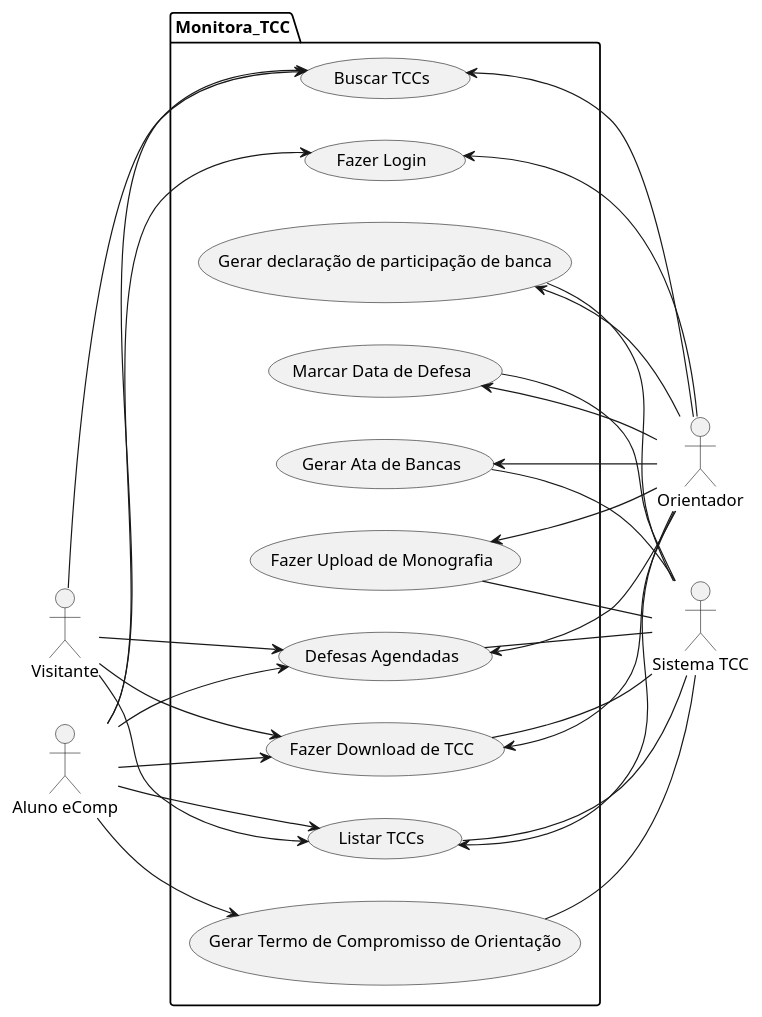
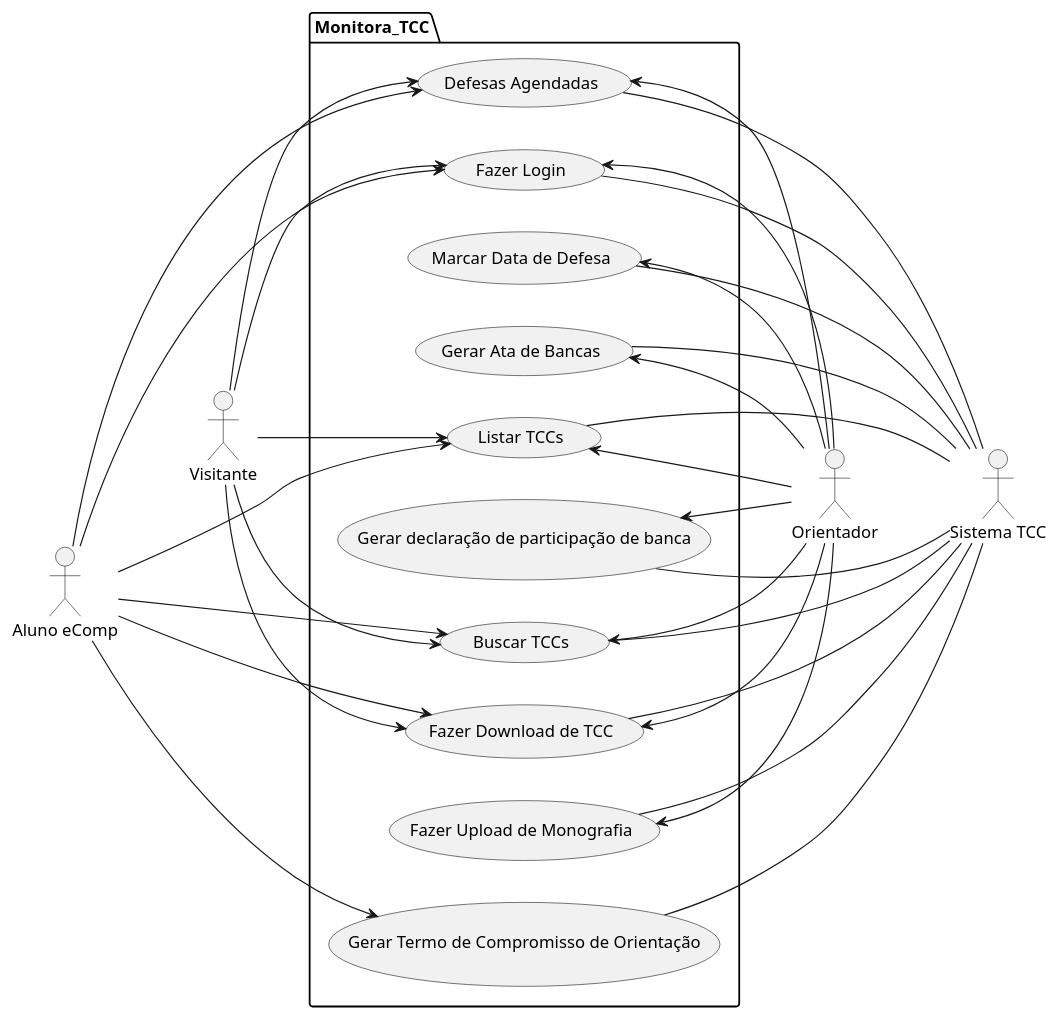
The diagram in analysis/casos.plantuml (LMM-Eng-Software/Monitora-TCC), drawn with PlantUML before and after one commit. The commit also changed 3 other files, not shown here.

```diff
--- a/analysis/casos.plantuml
+++ b/analysis/casos.plantuml
@@ -1,55 +1,57 @@
 @startuml casosdeuso
 left to right direction
 
+"Visitante" as Visit
 "Aluno eComp" as Aluno
+
 "Orientador" as Prof
-"Visitante" as Visit
-
 "Sistema TCC" as Sist
-
 
 package Monitora_TCC {
 "Gerar declaração de participação de banca" as (Participacao)
 "Listar TCCs" as (Listar)
 "Buscar TCCs" as (Buscar)
 "Fazer Download de TCC" as (Download)
 "Fazer Login" as (Login)
 "Marcar Data de Defesa" as (Data)
 "Fazer Upload de Monografia" as (Upload)
 "Gerar Ata de Bancas" as (Atas)
 "Defesas Agendadas" as (Agendar)
 "Gerar Termo de Compromisso de Orientação" as (Compromisso)
 }
 
 :Prof: -up-> (Listar)
 :Prof: -up-> (Download)
 :Prof: -up-> (Buscar)
 :Prof: -up-> (Participacao)
 :Prof: -up-> (Upload)
 :Prof: -up-> (Atas)
 :Prof: -up-> (Data)
 :Prof: -up-> (Login)
 :Prof: -up-> (Agendar)
 
-:Aluno: --> (Listar)
-:Aluno: --> (Download)
-:Aluno: --> (Agendar)
-:Aluno: --> (Buscar)
-:Aluno: --> (Login)
-:Aluno: --> (Compromisso)
+:Aluno: ---> (Listar)
+:Aluno: ---> (Download)
+:Aluno: ---> (Agendar)
+:Aluno: ---> (Buscar)
+:Aluno: ---> (Login)
+:Aluno: ---> (Compromisso)
 
 :Visit: --> (Listar)
 :Visit: --> (Download)
 :Visit: --> (Agendar)
+:Visit: --> (Login)
 :Visit: --> (Buscar)
 
-(Participacao) -- :Sist:
-(Upload) -- :Sist:
-(Listar) -- :Sist:
-(Download) -- :Sist:
-(Compromisso) -- :Sist:
-(Agendar) -- :Sist:
-(Atas) -- :Sist:
-(Data) -- :Sist:
+(Participacao) --- :Sist:
+(Upload) --- :Sist:
+(Listar) --- :Sist:
+(Download) --- :Sist:
+(Compromisso) --- :Sist:
+(Agendar) --- :Sist:
+(Atas) --- :Sist:
+(Data) --- :Sist:
+(Login) --- :Sist:
+(Buscar) --- :Sist:
 
 @enduml
```
